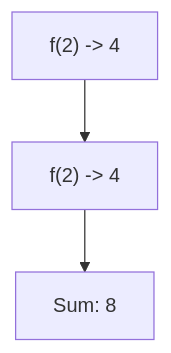
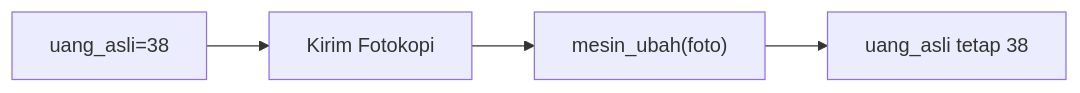
Diagram 11 of 25 in part-c-pemahaman-cpp/04-fungsi/latihan/set-08.md (amnahwaida/OSNK_INF_PREP), drawn with Mermaid before and after one commit. The commit also changed other lines of this file and 71 other files, not shown here.

````diff
--- a/part-c-pemahaman-cpp/04-fungsi/latihan/set-08.md
+++ b/part-c-pemahaman-cpp/04-fungsi/latihan/set-08.md
@@ -289,5 +301,6 @@
 ```mermaid
-graph TD
-A["f(2) -> 4"] --> B["f(2) -> 4"]
-B --> C["Sum: 8"]
+graph LR
+A["uang_asli=38"] --> B["Kirim Fotokopi"]
+B --> C["mesin_ubah(foto)"]
+C --> D["uang_asli tetap 38"]
 ```
````
